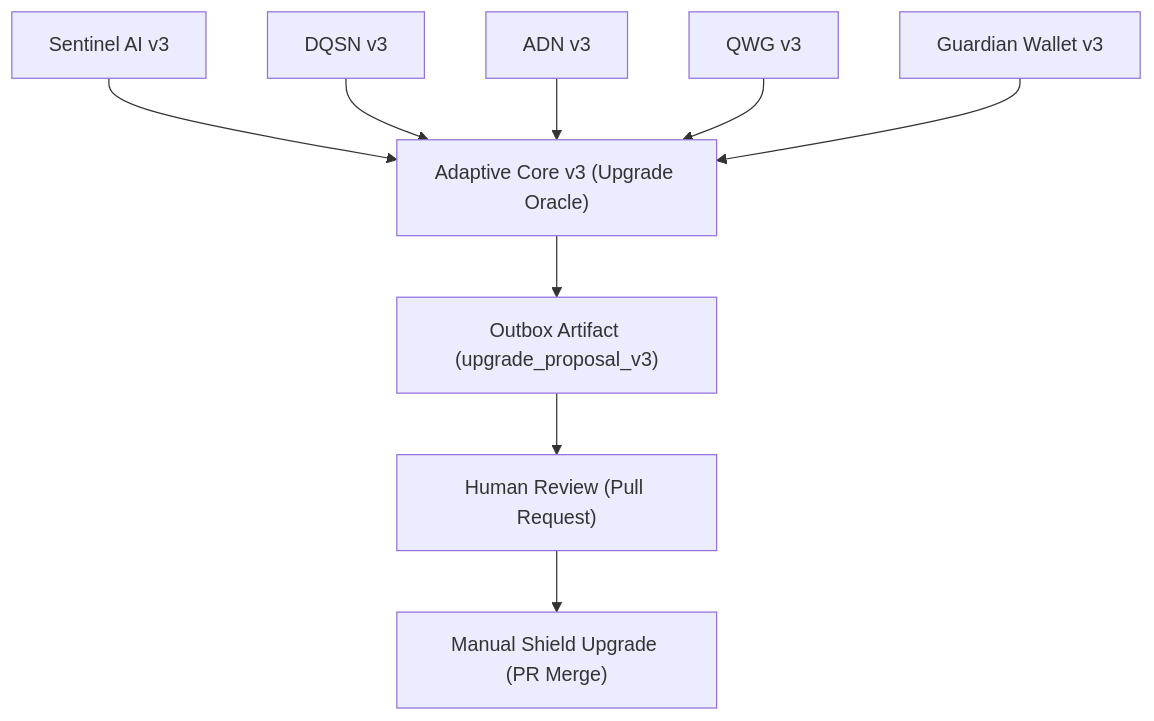
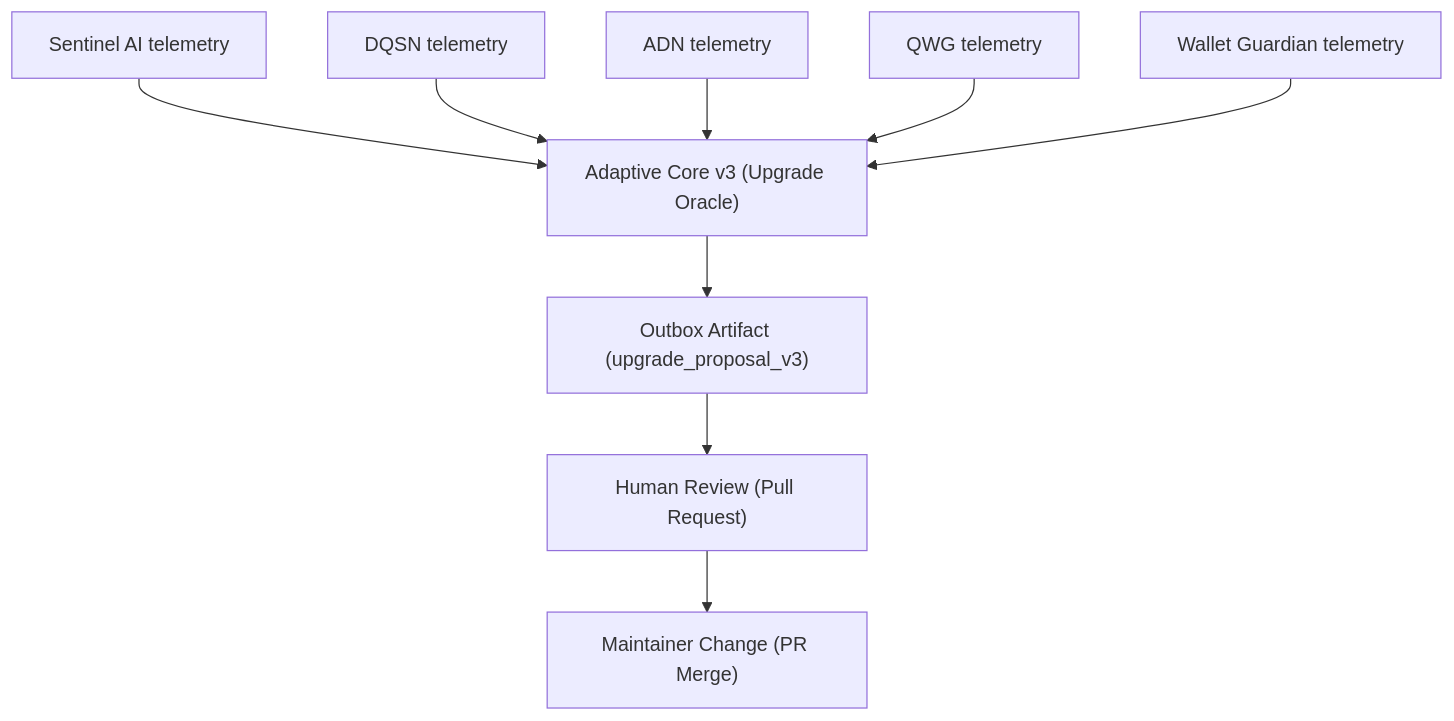
The diagram in README.md (DarekDGB/DigiByte-Adaptive-Core), drawn with Mermaid before and after one commit. The commit also changed other lines of this file, not shown here.

````diff
--- a/README.md
+++ b/README.md
@@ -34,21 +35,21 @@
 ``` mermaid
 flowchart TB
-  Sentinel["Sentinel AI v3"]
-  DQSN["DQSN v3"]
-  ADN["ADN v3"]
-  QWG["QWG v3"]
-  GW["Guardian Wallet v3"]
+  Sentinel["Sentinel AI telemetry"]
+  DQSN["DQSN telemetry"]
+  ADN["ADN telemetry"]
+  QWG["QWG telemetry"]
+  GW["Wallet Guardian telemetry"]
 
   AC["Adaptive Core v3 (Upgrade Oracle)"]
   Outbox["Outbox Artifact (upgrade_proposal_v3)"]
   HR["Human Review (Pull Request)"]
-  Apply["Manual Shield Upgrade (PR Merge)"]
+  Apply["Maintainer Change (PR Merge)"]
 
   Sentinel --> AC
   DQSN --> AC
   ADN --> AC
   QWG --> AC
   GW --> AC
 
   AC --> Outbox --> HR --> Apply
 ```
````
